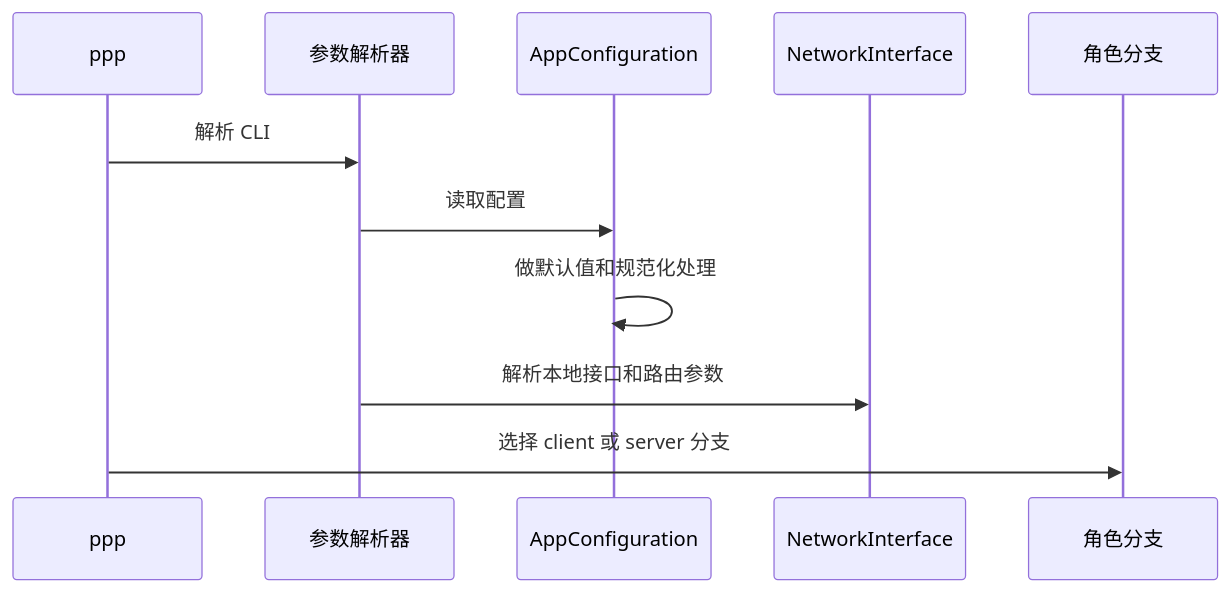
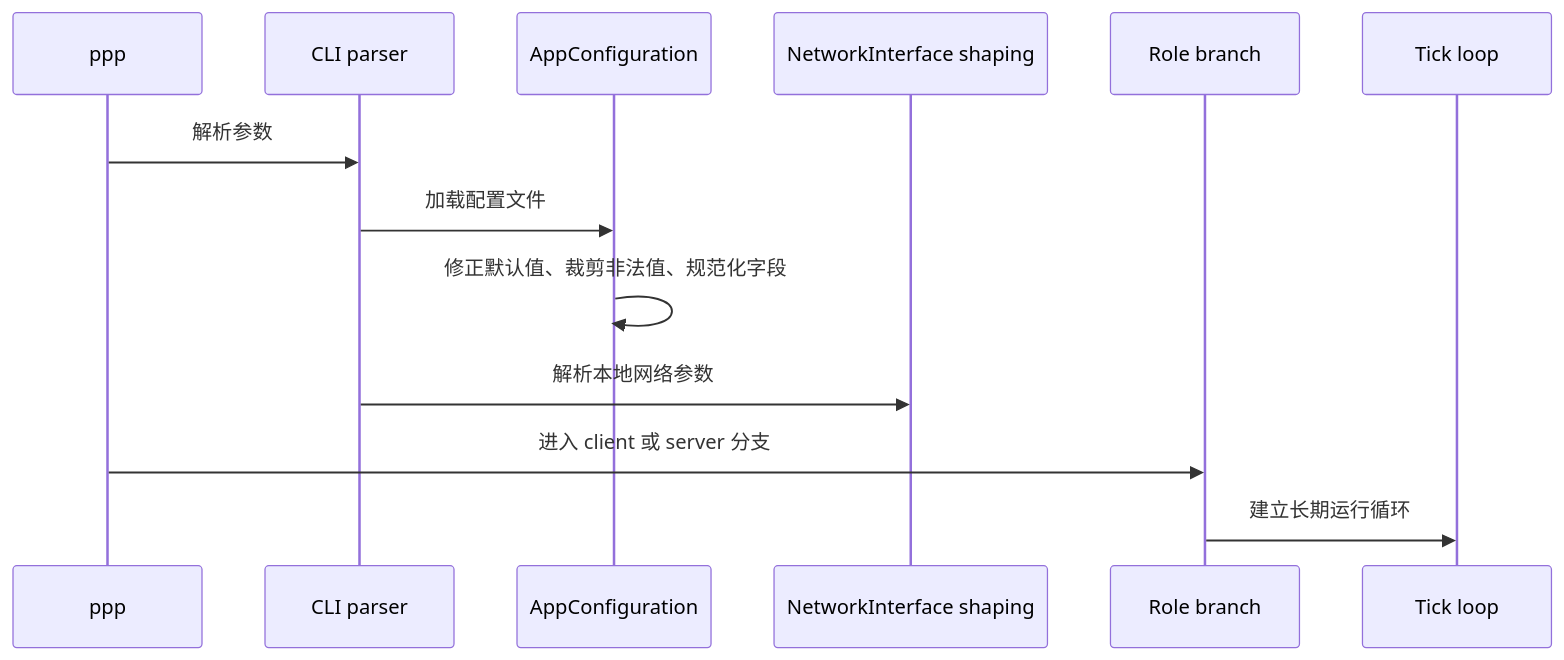
One commit to HyacinthHaru/openppp2 changed the third of 4 diagrams in docs/USER_MANUAL_CN.md. Above: the diagram before and after it, drawn with Mermaid. The commit also changed other lines of this file and 15 other files, not shown here.

````diff
--- a/docs/USER_MANUAL_CN.md
+++ b/docs/USER_MANUAL_CN.md
@@ -142,13 +225,15 @@
 ```mermaid
 sequenceDiagram
     participant P as ppp
-    participant A as 参数解析器
+    participant A as CLI parser
     participant C as AppConfiguration
-    participant N as NetworkInterface
-    participant R as 角色分支
-    P->>A: 解析 CLI
-    A->>C: 读取配置
-    C->>C: 做默认值和规范化处理
-    A->>N: 解析本地接口和路由参数
-    P->>R: 选择 client 或 server 分支
+    participant N as NetworkInterface shaping
+    participant R as Role branch
+    participant T as Tick loop
+    P->>A: 解析参数
+    A->>C: 加载配置文件
+    C->>C: 修正默认值、裁剪非法值、规范化字段
+    A->>N: 解析本地网络参数
+    P->>R: 进入 client 或 server 分支
+    R->>T: 建立长期运行循环
 ```
````
